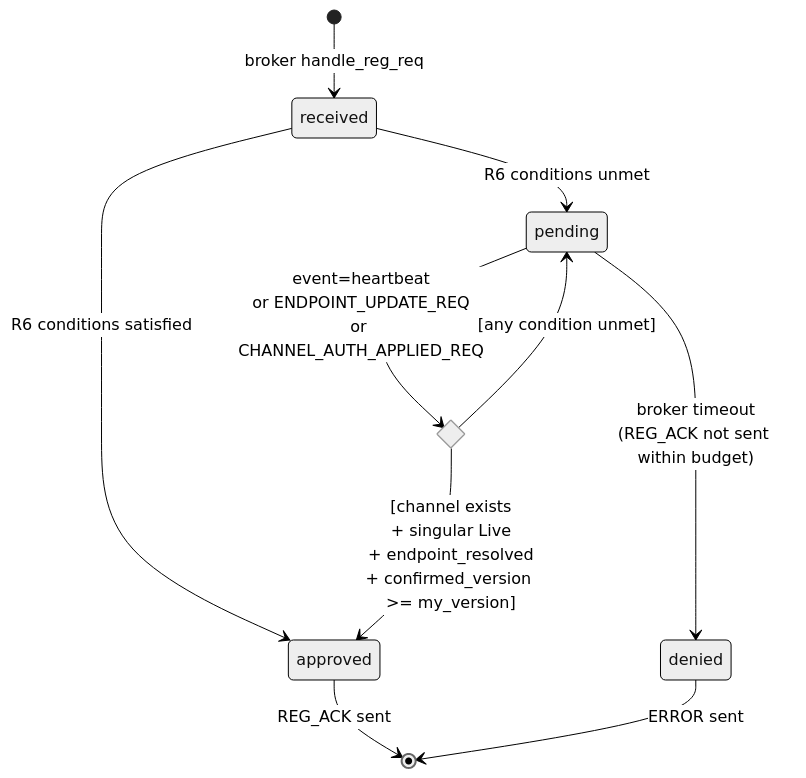
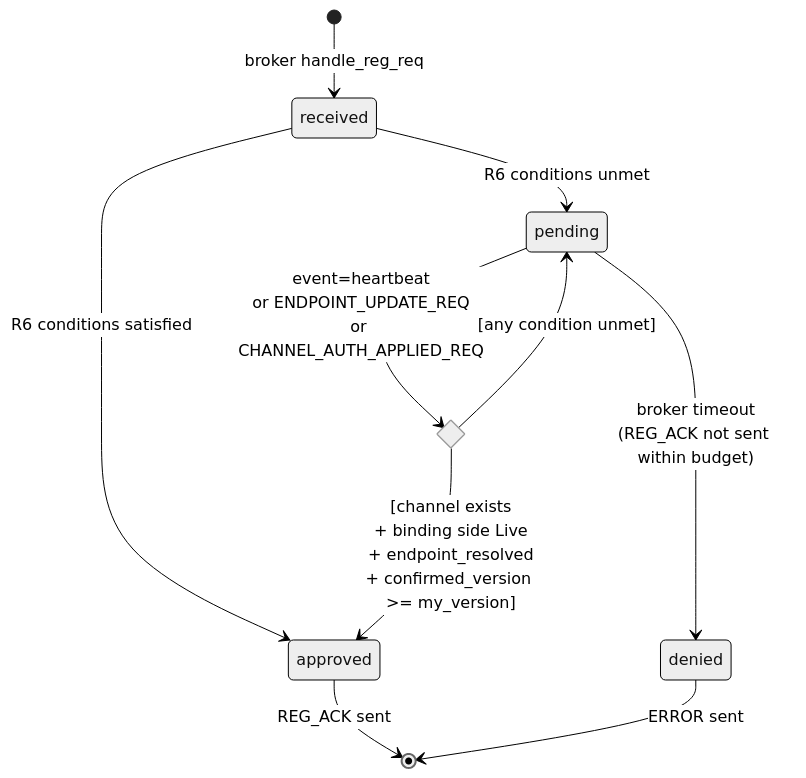
One commit to Qing-LAB/pylabhub changed the seventh of 7 diagrams in docs/tech_draft/DRAFT_topology_singular_side_2026-07.md. Above: the diagram before and after it, drawn with Mermaid (neutral theme). The commit also changed other lines of this file, not shown here.

````diff
--- a/docs/tech_draft/DRAFT_topology_singular_side_2026-07.md
+++ b/docs/tech_draft/DRAFT_topology_singular_side_2026-07.md
@@ -834,15 +867,15 @@
 ```mermaid
 stateDiagram-v2
     [*] --> received: broker handle_reg_req
     received --> pending: R6 conditions unmet
     received --> approved: R6 conditions satisfied
 
     state R6_check <<choice>>
     pending --> R6_check: event=heartbeat<br/>or ENDPOINT_UPDATE_REQ<br/>or CHANNEL_AUTH_APPLIED_REQ
-    R6_check --> approved: [channel exists<br/>+ singular Live<br/>+ endpoint_resolved<br/>+ confirmed_version >= my_version]
+    R6_check --> approved: [channel exists<br/>+ binding side Live<br/>+ endpoint_resolved<br/>+ confirmed_version >= my_version]
     R6_check --> pending: [any condition unmet]
 
     pending --> denied: broker timeout<br/>(REG_ACK not sent within budget)
     approved --> [*]: REG_ACK sent
     denied --> [*]: ERROR sent
 ```
````
